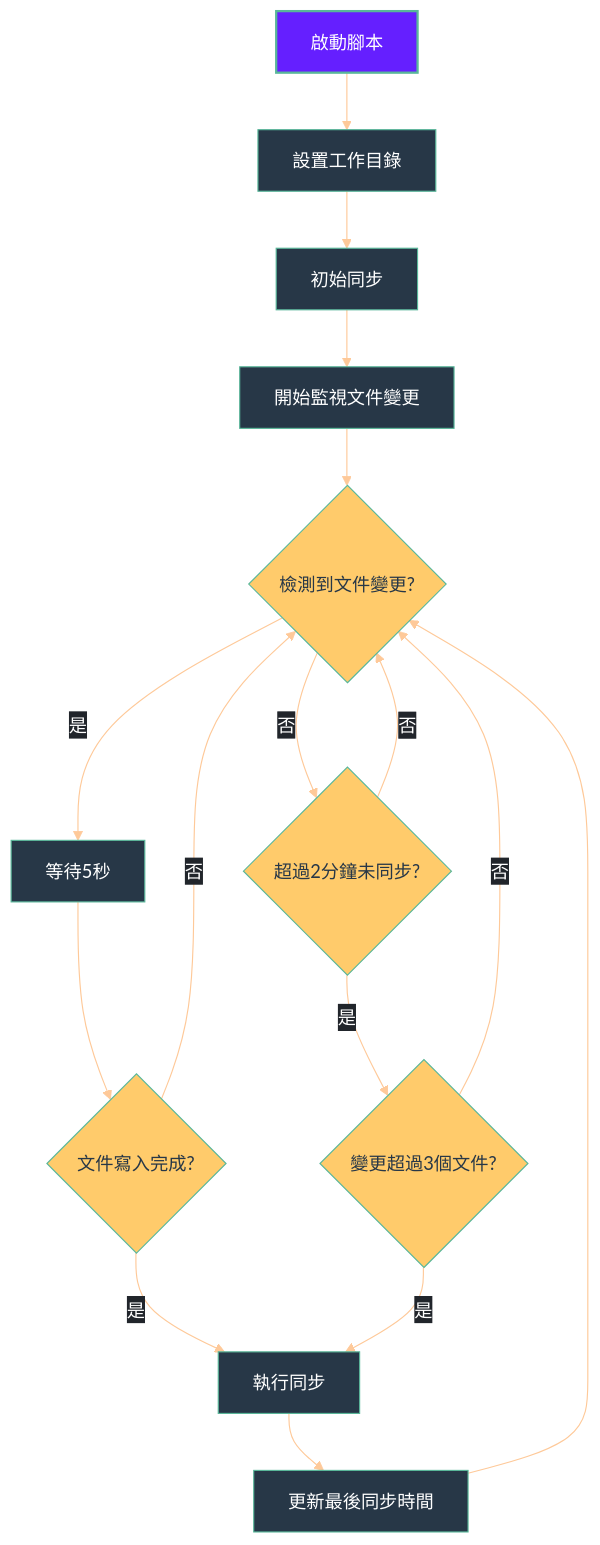
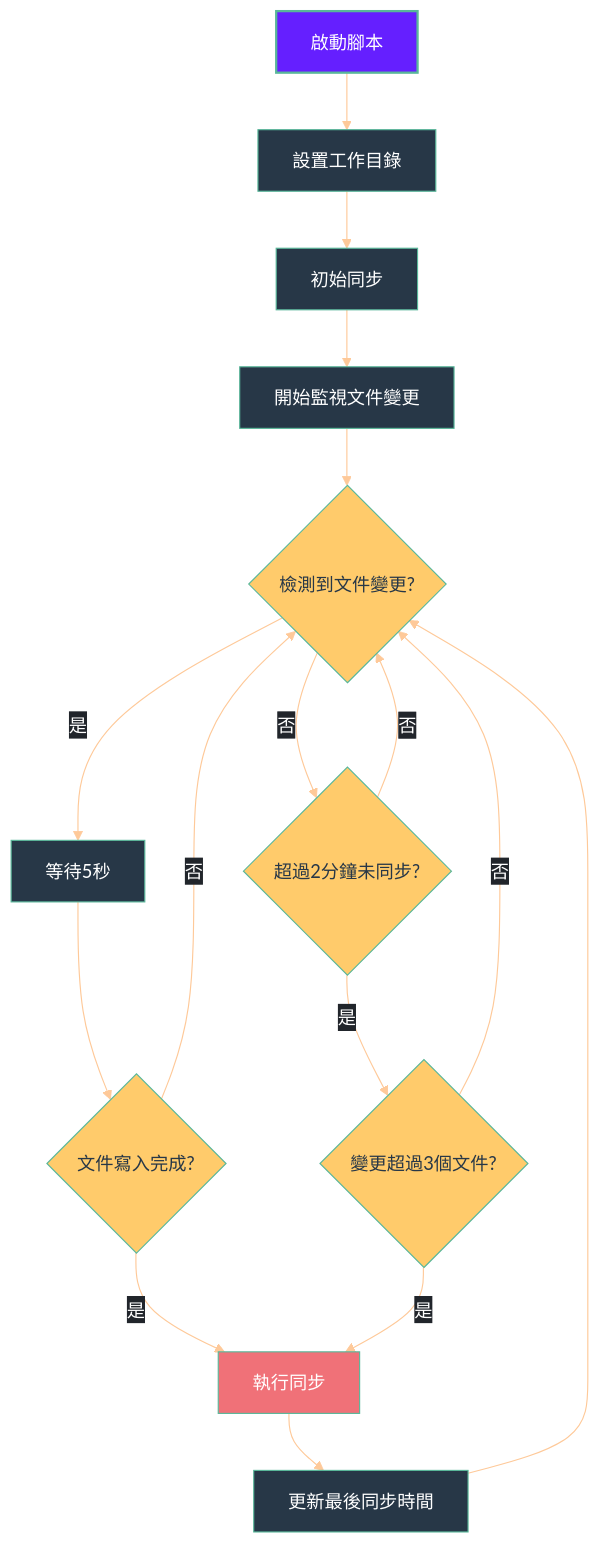
The second of 2 diagrams in Logseq同步方案演進記錄.md (GengGeng026/Sync-Logseq), drawn with Mermaid before and after one commit.

Commit message:
Auto-sync: Wed Mar 26 10:24:26 +08 2025

````diff
--- a/Logseq同步方案演進記錄.md
+++ b/Logseq同步方案演進記錄.md
@@ -375,53 +375,53 @@
 ```mermaid
 %%{init: {
   'theme': 'base', 
   'themeVariables': {
     'primaryColor': '#19E9D9',
     'primaryTextColor': '#FFFFFF',
     'primaryBorderColor': '#59B79A',
     'lineColor': '#FEC999',
     'secondaryColor': '#FFCB6B',
     'tertiaryColor': '#F07178',
     'background': 'transparent',
     'textColor': '#EEFFFF',
     'mainBkg': '#273747',
     'nodeBorder': '#59B79A',
     'clusterBkg': 'transparent',
     'edgeLabelBackground': '#21252B'
   },
   'flowchart': {
     'curve': 'basis',
     'nodeSpacing': 50,
     'rankSpacing': 50,
     'padding': 15
   }
 }}%%
 flowchart TD
     %% 節點樣式優化
     classDef start fill:#651FFF,stroke:#59B79A,color:#FFFFFF,stroke-width:2px;
     classDef process fill:#19E9D,stroke:#59B79A,color:#FFFFFF,stroke-width:1px;
     classDef condition fill:#FFCB6B,stroke:#59B79A,color:#273747,stroke-width:1px,shape:diamond;
     classDef action fill:#F07178,stroke:#59B79A,color:#FFFFFF,stroke-width:1px;
     
     A[啟動腳本] --> B[設置工作目錄]
     B --> C[初始同步]
     C --> D[開始監視文件變更]
     D --> E{檢測到文件變更?}
     E -->|是| F[等待5秒]
     F --> G{文件寫入完成?}
     G -->|是| H[執行同步]
     G -->|否| E
     E -->|否| I{超過2分鐘未同步?}
     I -->|是| J{變更超過3個文件?}
     J -->|是| H
     J -->|否| E
     I -->|否| E
     H --> K[更新最後同步時間]
     K --> E
     
     %% 應用樣式
     class A start;
     class B,C,D,F,H,K process;
-    class L condition;
+    class H action;
     class E,G,I,J condition;
 ```
````
